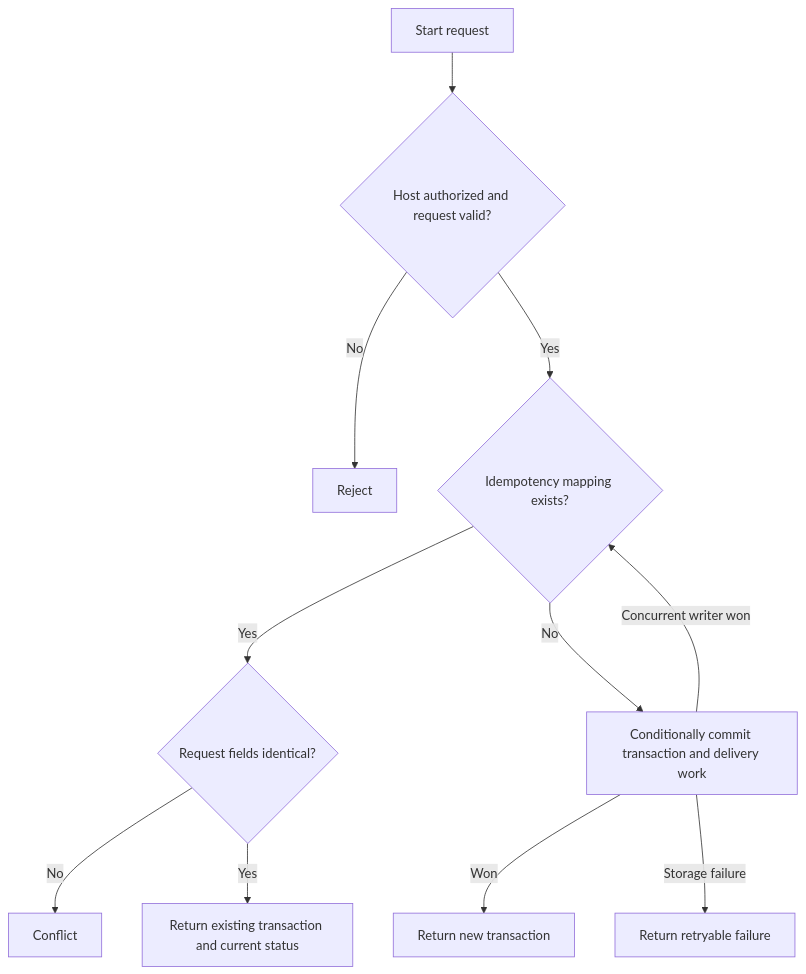
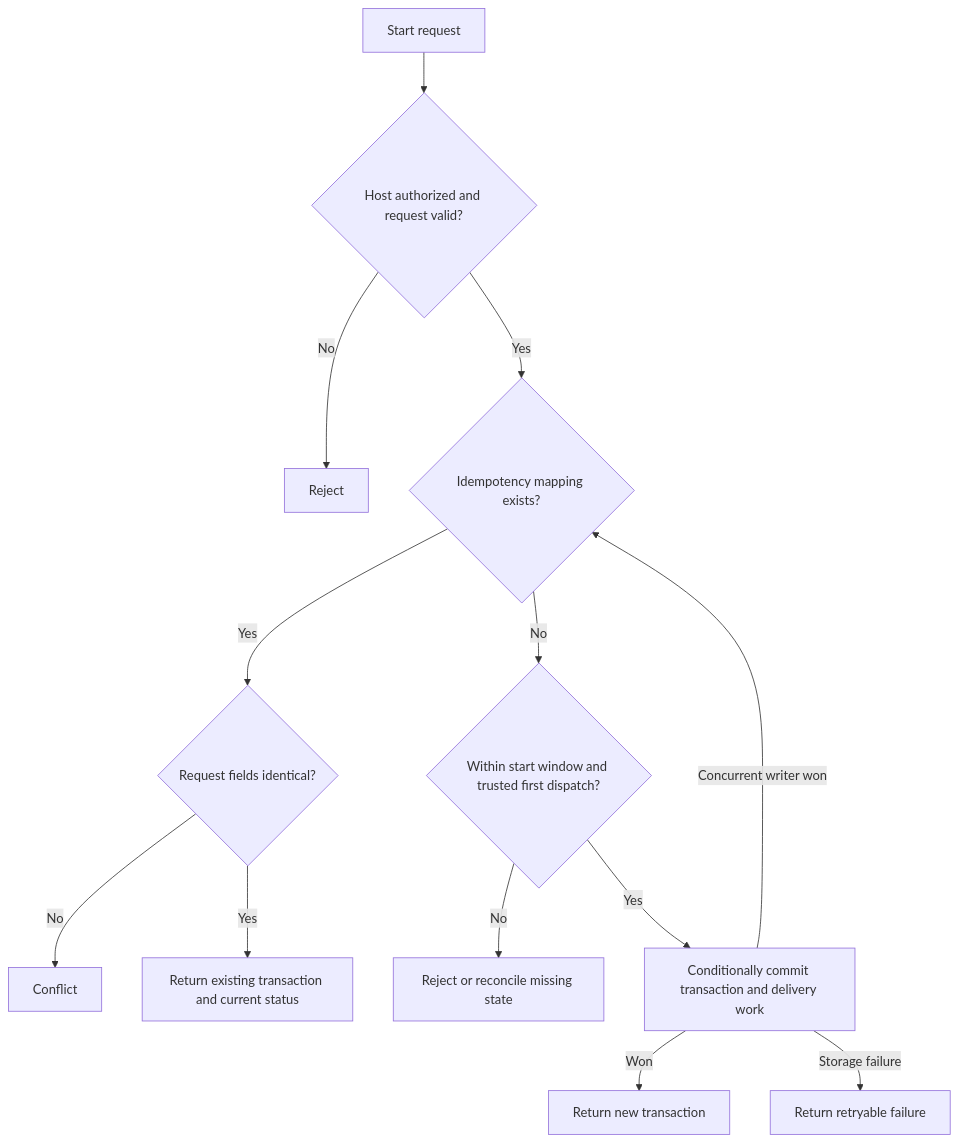
One commit to lambdawalker/go.apexfission.aws.email-verification changed the third of 3 diagrams in docs/design/initiation.md. Above: the diagram before and after it, drawn with Mermaid. The commit also changed other lines of this file, not shown here.

Commit message:
docs: set five-minute start validity and fail-closed recovery

````diff
--- a/docs/design/initiation.md
+++ b/docs/design/initiation.md
@@ -78,13 +126,15 @@
 ```mermaid
 flowchart TD
     R["Start request"] --> A{"Host authorized and request valid?"}
     A -->|No| X["Reject"]
     A -->|Yes| L{"Idempotency mapping exists?"}
     L -->|Yes| M{"Request fields identical?"}
     M -->|No| C["Conflict"]
     M -->|Yes| E["Return existing transaction and current status"]
-    L -->|No| W["Conditionally commit transaction and delivery work"]
+    L -->|No| G{"Within start window and trusted first dispatch?"}
+    G -->|No| Q["Reject or reconcile missing state"]
+    G -->|Yes| W["Conditionally commit transaction and delivery work"]
     W -->|Won| N["Return new transaction"]
     W -->|Concurrent writer won| L
     W -->|Storage failure| F["Return retryable failure"]
 ```
````
